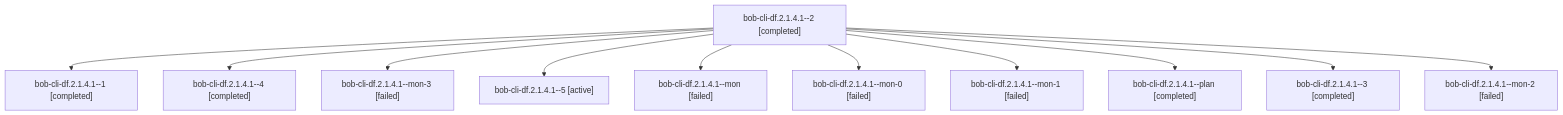
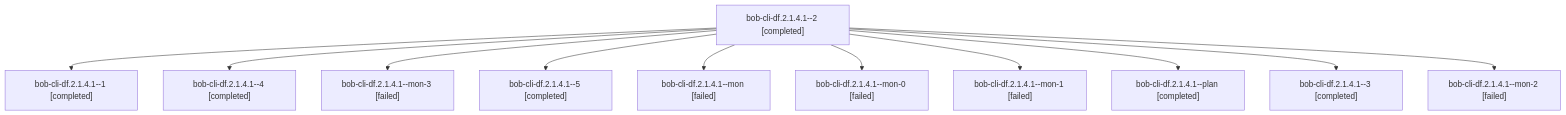
One commit to bobs-org/bob-cli--agents changed the diagram in sessions/bbugyi200.athena.bob-cli-df.2.1.4.1.md. Above: the diagram before and after it, drawn with Mermaid. The commit also changed other lines of this file and 87 other files, not shown here.

````diff
--- a/sessions/bbugyi200.athena.bob-cli-df.2.1.4.1.md
+++ b/sessions/bbugyi200.athena.bob-cli-df.2.1.4.1.md
@@ -9,24 +9,24 @@
 ```mermaid
 flowchart TD
   n0["bob-cli-df.2.1.4.1--2 [completed]"]
   n1["bob-cli-df.2.1.4.1--1 [completed]"]
   n0 --> n1
   n2["bob-cli-df.2.1.4.1--4 [completed]"]
   n0 --> n2
   n3["bob-cli-df.2.1.4.1--mon-3 [failed]"]
   n0 --> n3
-  n4["bob-cli-df.2.1.4.1--5 [active]"]
+  n4["bob-cli-df.2.1.4.1--5 [completed]"]
   n0 --> n4
   n5["bob-cli-df.2.1.4.1--mon [failed]"]
   n0 --> n5
   n6["bob-cli-df.2.1.4.1--mon-0 [failed]"]
   n0 --> n6
   n7["bob-cli-df.2.1.4.1--mon-1 [failed]"]
   n0 --> n7
   n8["bob-cli-df.2.1.4.1--plan [completed]"]
   n0 --> n8
   n9["bob-cli-df.2.1.4.1--3 [completed]"]
   n0 --> n9
   n10["bob-cli-df.2.1.4.1--mon-2 [failed]"]
   n0 --> n10
 ```
````
